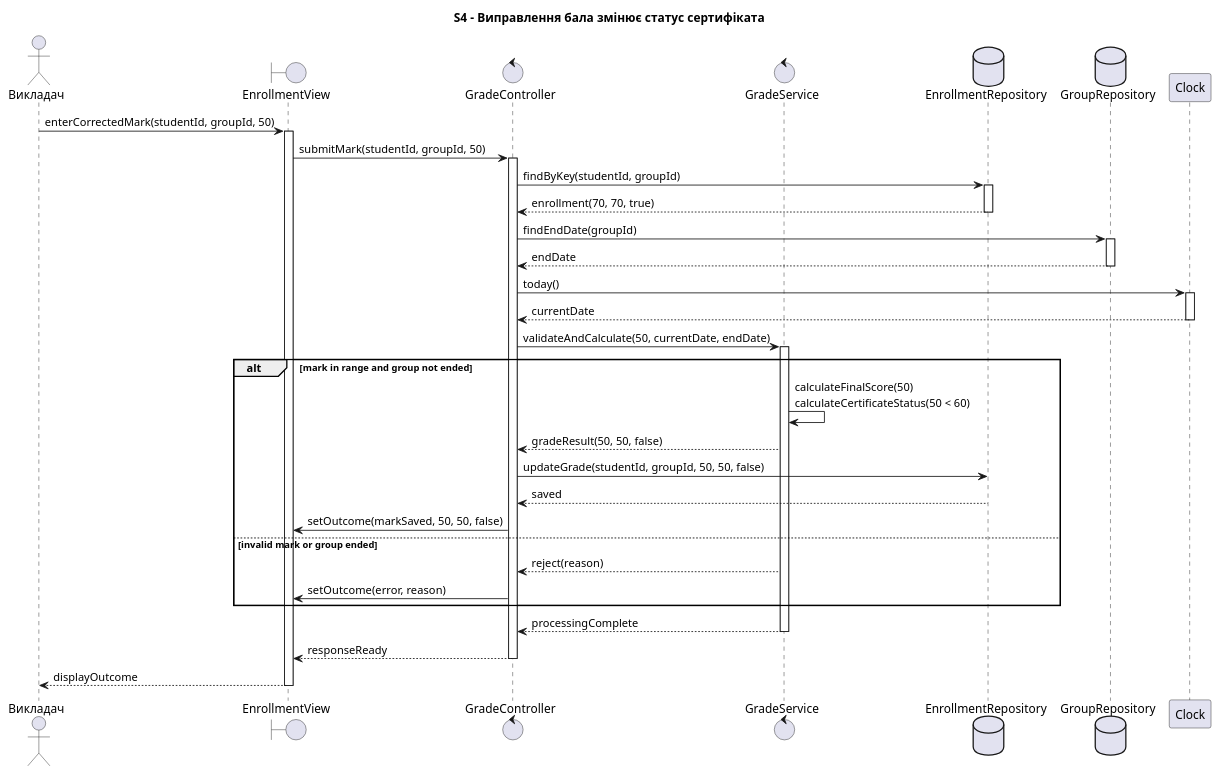
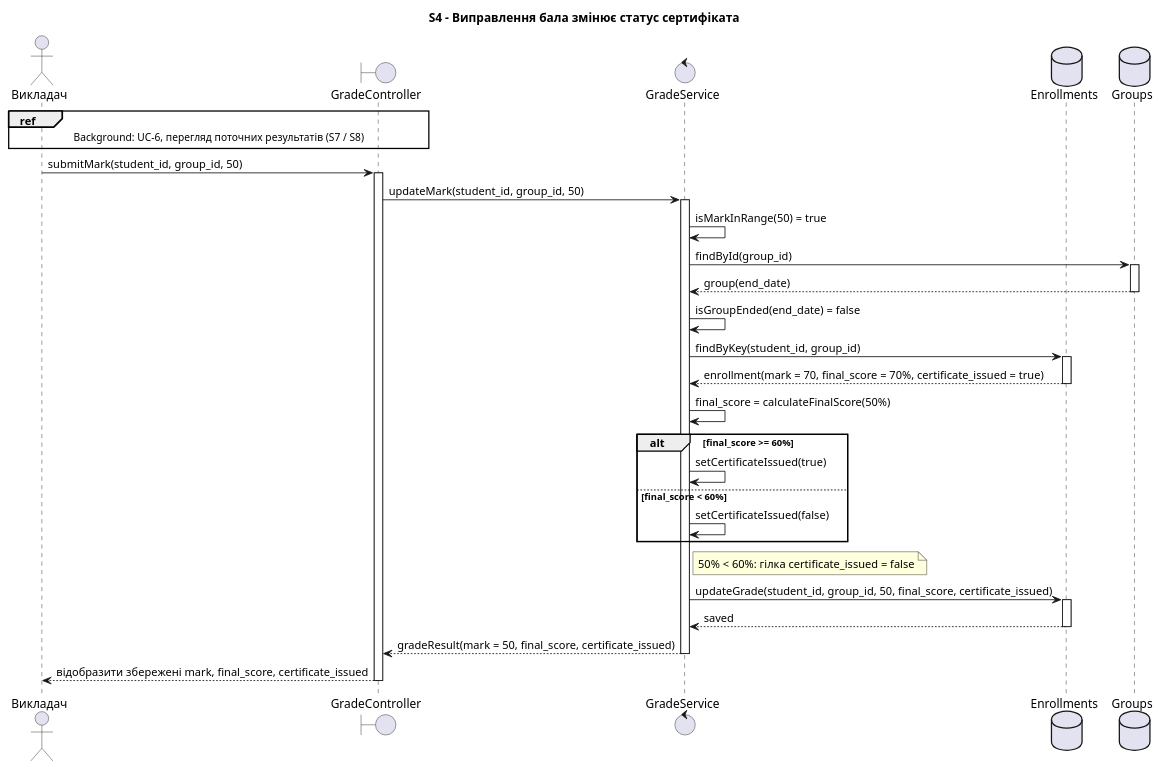
One commit to ka1tya/KPI changed the fourth of 8 diagrams in lab3/sequence-diagrams.puml. Above: the diagram before and after it, drawn with PlantUML. The commit also changed other lines of this file and 1 other file, not shown here.

Commit message:
Виправлено форматування коду sequence-діаграм, а саме змінено назви учасників, щоб вони краще відповідали моделі системи, та додано тип для final_score (відсоток), як це також зазначено в моделі. Також було додано файл spec.md з описом сценаріїв, які відповідають оновленим діаграмам

```diff
--- a/lab3/sequence-diagrams.puml
+++ b/lab3/sequence-diagrams.puml
@@ -100,32 +139,45 @@
 @startuml S4
  title S4 - Виправлення бала змінює статус сертифіката
+
  actor "Викладач" as Teacher
- boundary "EnrollmentView" as View
- control "GradeController" as Controller
+ boundary "GradeController" as Controller
  control "GradeService" as GradeService
- database "EnrollmentRepository" as EnrollmentRepo
- database "GroupRepository" as GroupRepo
- participant "Clock" as Clock
- Teacher -> View ++: enterCorrectedMark(studentId, groupId, 50)
- View -> Controller ++: submitMark(studentId, groupId, 50)
- Controller -> EnrollmentRepo ++: findByKey(studentId, groupId)
- EnrollmentRepo --> Controller --: enrollment(70, 70, true)
- Controller -> GroupRepo ++: findEndDate(groupId)
- GroupRepo --> Controller --: endDate
- Controller -> Clock ++: today()
- Clock --> Controller --: currentDate
- Controller -> GradeService ++: validateAndCalculate(50, currentDate, endDate)
- alt mark in range and group not ended
-   GradeService -> GradeService: calculateFinalScore(50)\ncalculateCertificateStatus(50 < 60)
-   GradeService --> Controller: gradeResult(50, 50, false)
-   Controller -> EnrollmentRepo: updateGrade(studentId, groupId, 50, 50, false)
-   EnrollmentRepo --> Controller: saved
-  Controller -> View: setOutcome(markSaved, 50, 50, false)
- else invalid mark or group ended
-   GradeService --> Controller: reject(reason)
-  Controller -> View: setOutcome(error, reason)
+ database "Enrollments" as Enrollments
+ database "Groups" as Groups
+ 
+ ref over Teacher, Controller : Background: UC-6, перегляд поточних результатів (S7 / S8)
+
+ Teacher -> Controller : submitMark(student_id, group_id, 50)
+ activate Controller
+ Controller -> GradeService : updateMark(student_id, group_id, 50)
+ activate GradeService
+
+ GradeService -> GradeService : isMarkInRange(50) = true
+ GradeService -> Groups : findById(group_id)
+ activate Groups
+ Groups --> GradeService : group(end_date)
+ deactivate Groups
+ GradeService -> GradeService : isGroupEnded(end_date) = false
+ GradeService -> Enrollments : findByKey(student_id, group_id)
+ activate Enrollments
+ Enrollments --> GradeService : enrollment(mark = 70, final_score = 70%, certificate_issued = true)
+ deactivate Enrollments
+
+ GradeService -> GradeService: final_score = calculateFinalScore(50%)
+ alt final_score >= 60%
+   GradeService -> GradeService : setCertificateIssued(true)
+ else final_score < 60%
+   GradeService -> GradeService : setCertificateIssued(false)
  end
- GradeService --> Controller --: processingComplete
- Controller --> View --: responseReady
- View --> Teacher --: displayOutcome
+ note right of GradeService : 50% < 60%: гілка certificate_issued = false
+
+ GradeService -> Enrollments : updateGrade(student_id, group_id, 50, final_score, certificate_issued)
+ activate Enrollments
+ Enrollments --> GradeService : saved
+ deactivate Enrollments
+
+ GradeService --> Controller : gradeResult(mark = 50, final_score, certificate_issued)
+ deactivate GradeService
+ Controller --> Teacher : відобразити збережені mark, final_score, certificate_issued
+ deactivate Controller
 @enduml
```
